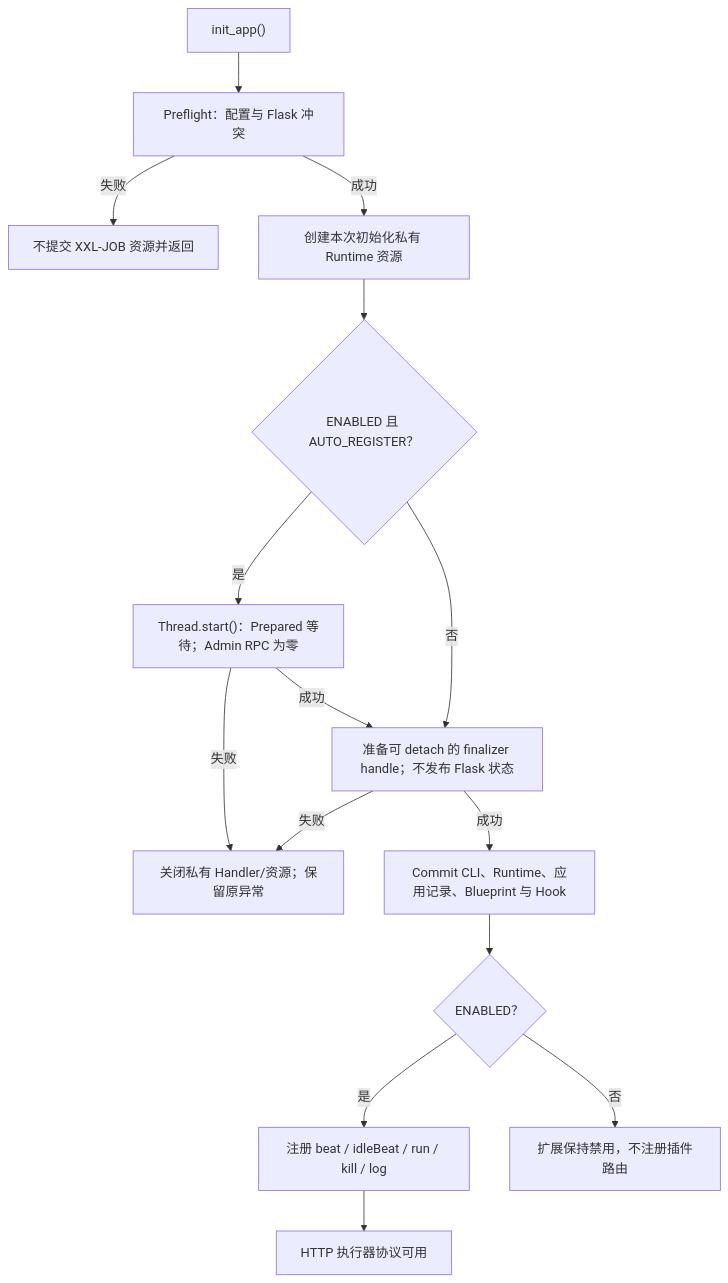
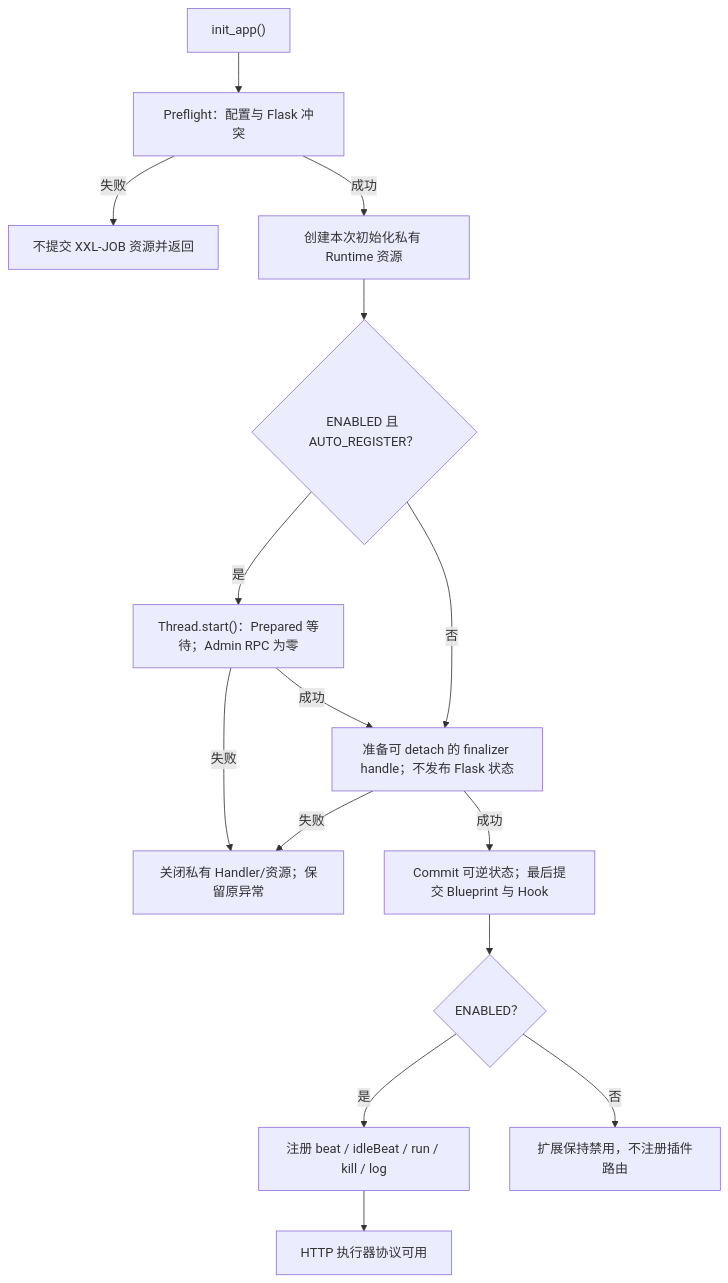
Before and after one commit to pumpkin-nbc/Flask-XXLJob: the first of 4 diagrams in docs/deployment.zh-CN.md, drawn with Mermaid. The commit also changed other lines of this file and 33 other files, not shown here.

````diff
--- a/docs/deployment.zh-CN.md
+++ b/docs/deployment.zh-CN.md
@@ -10,17 +11,17 @@
 ```mermaid
 flowchart TD
     A["init_app()"] --> B["Preflight：配置与 Flask 冲突"]
     B -->|"失败"| C["不提交 XXL-JOB 资源并返回"]
     B -->|"成功"| P["创建本次初始化私有 Runtime 资源"]
     P --> Q{"ENABLED 且 AUTO_REGISTER？"}
     Q -->|"是"| R["Thread.start()：Prepared 等待；Admin RPC 为零"]
     R -->|"失败"| S["关闭私有 Handler/资源；保留原异常"]
     R -->|"成功"| T["准备可 detach 的 finalizer handle；不发布 Flask 状态"]
     Q -->|"否"| T
     T -->|"失败"| S
-    T -->|"成功"| D["Commit CLI、Runtime、应用记录、Blueprint 与 Hook"]
+    T -->|"成功"| D["Commit 可逆状态；最后提交 Blueprint 与 Hook"]
     D --> E{"ENABLED？"}
     E -->|"是"| F["注册 beat / idleBeat / run / kill / log"]
     F --> G["HTTP 执行器协议可用"]
     E -->|"否"| H["扩展保持禁用，不注册插件路由"]
 ```
````
